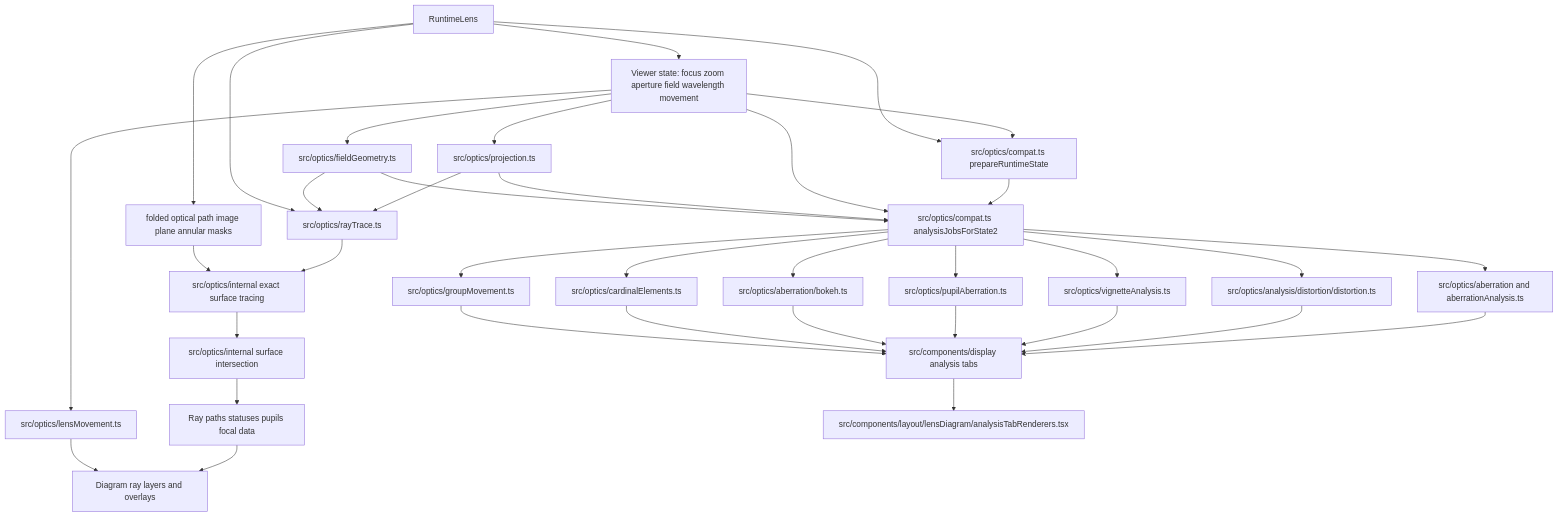
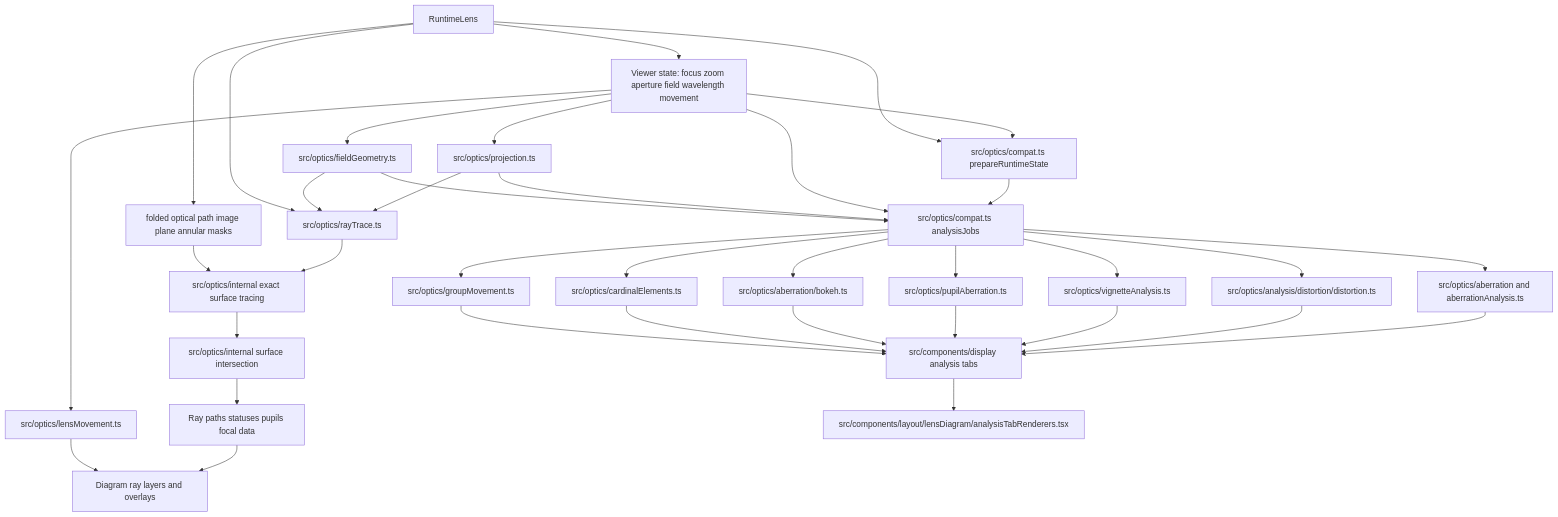
Before and after one commit to ronbuening/LensVisualizer: the third of 3 diagrams in agent_docs/architecture/program-flow.md, drawn with Mermaid. The commit also changed 439 other files, not shown here.

````diff
--- a/agent_docs/architecture/program-flow.md
+++ b/agent_docs/architecture/program-flow.md
@@ -102,35 +102,35 @@
 ```mermaid
 flowchart TD
   Runtime[RuntimeLens] --> Inputs[Viewer state: focus zoom aperture field wavelength movement]
   Inputs --> Projection[src/optics/projection.ts]
   Inputs --> Field[src/optics/fieldGeometry.ts]
   Inputs --> Movement[src/optics/lensMovement.ts]
   Inputs --> Prepared[src/optics/compat.ts prepareRuntimeState]
   Runtime --> Prepared
 
   Projection --> TraceCore[src/optics/rayTrace.ts]
   Field --> TraceCore
   Runtime --> TraceCore
   TraceCore --> Exact[src/optics/internal exact surface tracing]
   Exact --> Intersections[src/optics/internal surface intersection]
   Runtime --> Folded[folded optical path image plane annular masks]
   Folded --> Exact
   Intersections --> RayResults[Ray paths statuses pupils focal data]
 
-  Prepared --> AnalysisJobs[src/optics/compat.ts analysisJobsForState2]
+  Prepared --> AnalysisJobs[src/optics/compat.ts analysisJobs]
   Inputs --> AnalysisJobs
   Projection --> AnalysisJobs
   Field --> AnalysisJobs
   AnalysisJobs --> Aberrations[src/optics/aberration and aberrationAnalysis.ts]
   AnalysisJobs --> Distortion[src/optics/analysis/distortion/distortion.ts]
   AnalysisJobs --> Vignetting[src/optics/vignetteAnalysis.ts]
   AnalysisJobs --> Pupils[src/optics/pupilAberration.ts]
   AnalysisJobs --> Bokeh[src/optics/aberration/bokeh.ts]
   AnalysisJobs --> Cardinal[src/optics/cardinalElements.ts]
   AnalysisJobs --> Groups[src/optics/groupMovement.ts]
 
   Aberrations & Distortion & Vignetting & Pupils & Bokeh & Cardinal & Groups --> DrawerTabs[src/components/display analysis tabs]
   RayResults --> DiagramLayers[Diagram ray layers and overlays]
   Movement --> DiagramLayers
   DrawerTabs --> Renderers[src/components/layout/lensDiagram/analysisTabRenderers.tsx]
 ```
````
